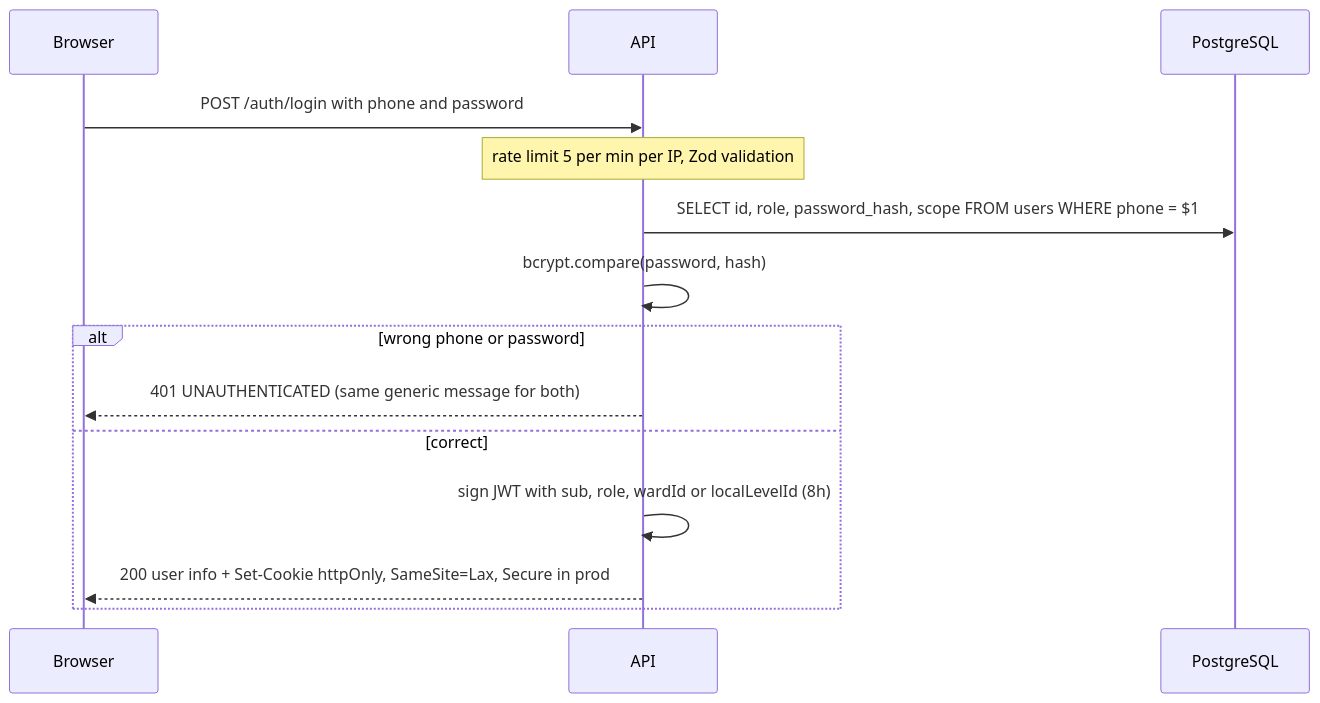
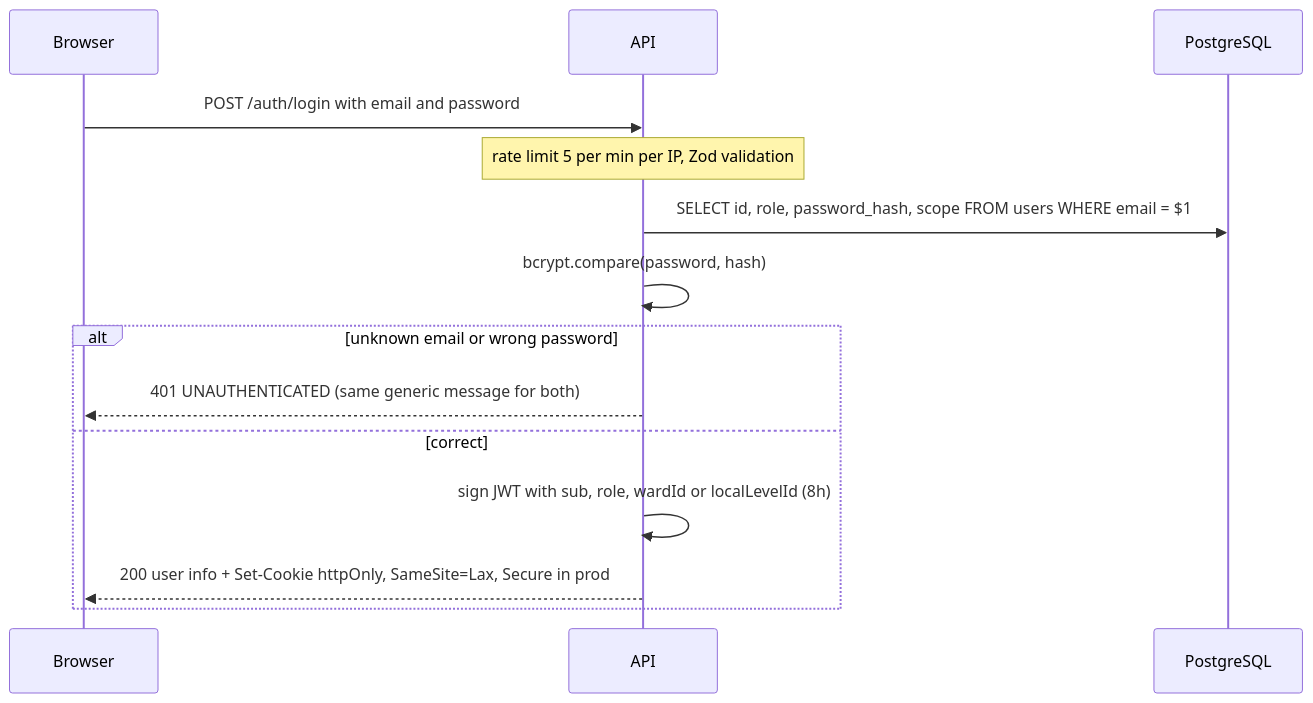
Before and after one commit to darshanbajgain/sewa-track: the sixth of 12 diagrams in docs/architecture.md, drawn with Mermaid. The commit also changed other lines of this file and 5 other files, not shown here.

````diff
--- a/docs/architecture.md
+++ b/docs/architecture.md
@@ -200,16 +200,16 @@
 ```mermaid
 sequenceDiagram
   participant B as Browser
   participant A as API
   participant D as PostgreSQL
-  B->>A: POST /auth/login with phone and password
+  B->>A: POST /auth/login with email and password
   Note over A: rate limit 5 per min per IP, Zod validation
-  A->>D: SELECT id, role, password_hash, scope FROM users WHERE phone = $1
+  A->>D: SELECT id, role, password_hash, scope FROM users WHERE email = $1
   A->>A: bcrypt.compare(password, hash)
-  alt wrong phone or password
+  alt unknown email or wrong password
     A-->>B: 401 UNAUTHENTICATED (same generic message for both)
   else correct
     A->>A: sign JWT with sub, role, wardId or localLevelId (8h)
     A-->>B: 200 user info + Set-Cookie httpOnly, SameSite=Lax, Secure in prod
   end
 ```
````
